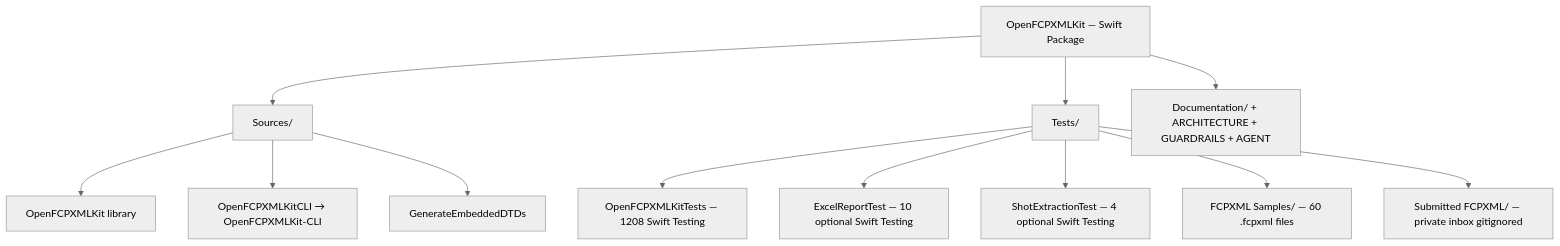
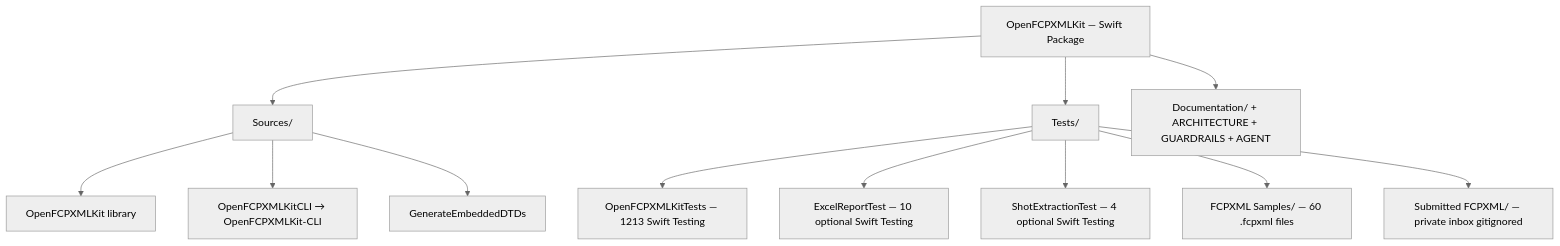
The first of 6 diagrams in ARCHITECTURE.md (TheAcharya/OpenFCPXMLKit), drawn with Mermaid (neutral theme) before and after one commit. The commit also changed other lines of this file and 20 other files, not shown here.

````diff
--- a/ARCHITECTURE.md
+++ b/ARCHITECTURE.md
@@ -223,18 +224,18 @@
 ```mermaid
 flowchart TB
     Pkg["OpenFCPXMLKit — Swift Package"]
 
     Pkg --> SRC["Sources/"]
     Pkg --> TST["Tests/"]
     Pkg --> DOC["Documentation/ + ARCHITECTURE + GUARDRAILS + AGENT"]
 
     SRC --> LIB["OpenFCPXMLKit library"]
     SRC --> CLI["OpenFCPXMLKitCLI → OpenFCPXMLKit-CLI"]
     SRC --> GEN["GenerateEmbeddedDTDs"]
 
-    TST --> OKT["OpenFCPXMLKitTests — 1208 Swift Testing"]
+    TST --> OKT["OpenFCPXMLKitTests — 1213 Swift Testing"]
     TST --> ERT["ExcelReportTest — 10 optional Swift Testing"]
     TST --> SET["ShotExtractionTest — 4 optional Swift Testing"]
     TST --> SMP["FCPXML Samples/ — 60 .fcpxml files"]
     TST --> SUB["Submitted FCPXML/ — private inbox gitignored"]
 ```
````
